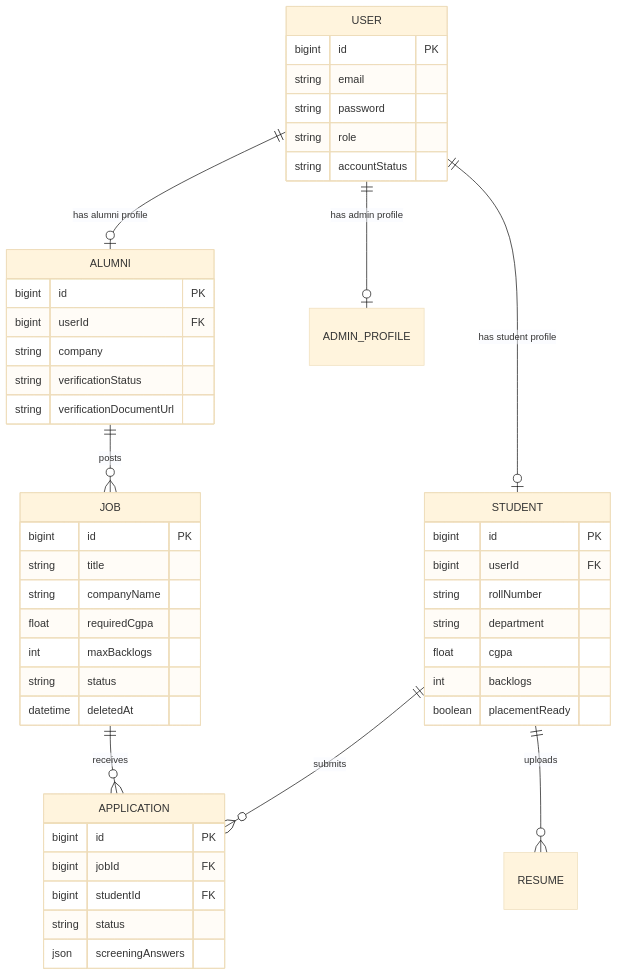
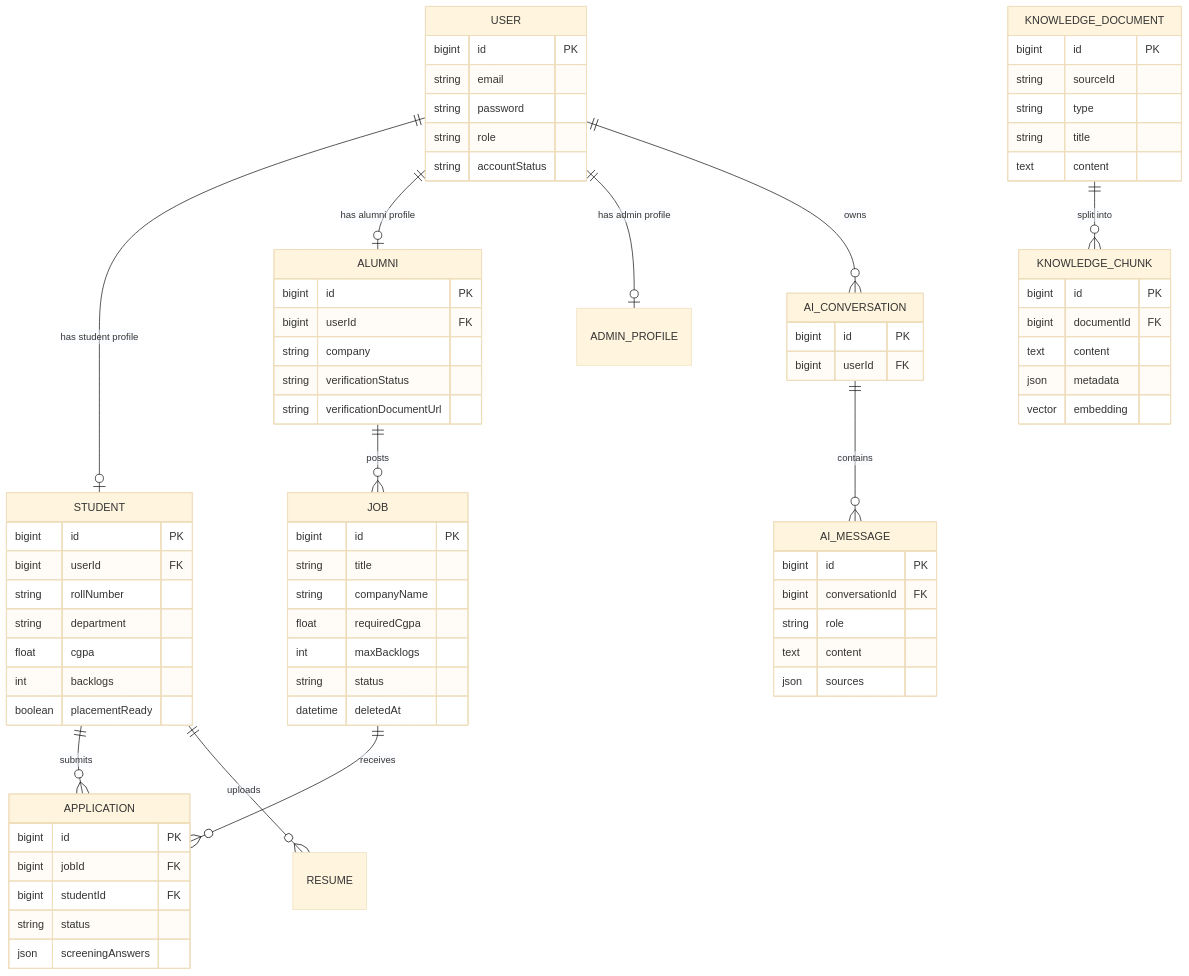
The second of 2 diagrams in README.md (Prasanna-Anjaneyulu078/VVITU_Placement_Portal), drawn with Mermaid (base theme) before and after one commit. The commit also changed other lines of this file, not shown here.

````diff
--- a/README.md
+++ b/README.md
@@ -386,54 +432,78 @@
 ```mermaid
 erDiagram
     USER ||--o| STUDENT : "has student profile"
     USER ||--o| ALUMNI : "has alumni profile"
     USER ||--o| ADMIN_PROFILE : "has admin profile"
+    USER ||--o{ AI_CONVERSATION : "owns"
+    AI_CONVERSATION ||--o{ AI_MESSAGE : "contains"
+    KNOWLEDGE_DOCUMENT ||--o{ KNOWLEDGE_CHUNK : "split into"
     STUDENT ||--o{ APPLICATION : "submits"
     JOB ||--o{ APPLICATION : "receives"
     ALUMNI ||--o{ JOB : "posts"
     STUDENT ||--o{ RESUME : "uploads"
 
     USER {
         bigint id PK
         string email
         string password
         string role
         string accountStatus
     }
-
     STUDENT {
         bigint id PK
         bigint userId FK
         string rollNumber
         string department
         float cgpa
         int backlogs
         boolean placementReady
     }
-
     ALUMNI {
         bigint id PK
         bigint userId FK
         string company
         string verificationStatus
         string verificationDocumentUrl
     }
-
     JOB {
         bigint id PK
         string title
         string companyName
         float requiredCgpa
         int maxBacklogs
         string status
         datetime deletedAt
     }
-
     APPLICATION {
         bigint id PK
         bigint jobId FK
         bigint studentId FK
         string status
         json screeningAnswers
     }
+    KNOWLEDGE_DOCUMENT {
+        bigint id PK
+        string sourceId
+        string type
+        string title
+        text content
+    }
+    KNOWLEDGE_CHUNK {
+        bigint id PK
+        bigint documentId FK
+        text content
+        json metadata
+        vector embedding
+    }
+    AI_CONVERSATION {
+        bigint id PK
+        bigint userId FK
+    }
+    AI_MESSAGE {
+        bigint id PK
+        bigint conversationId FK
+        string role
+        text content
+        json sources
+    }
 ```
````
